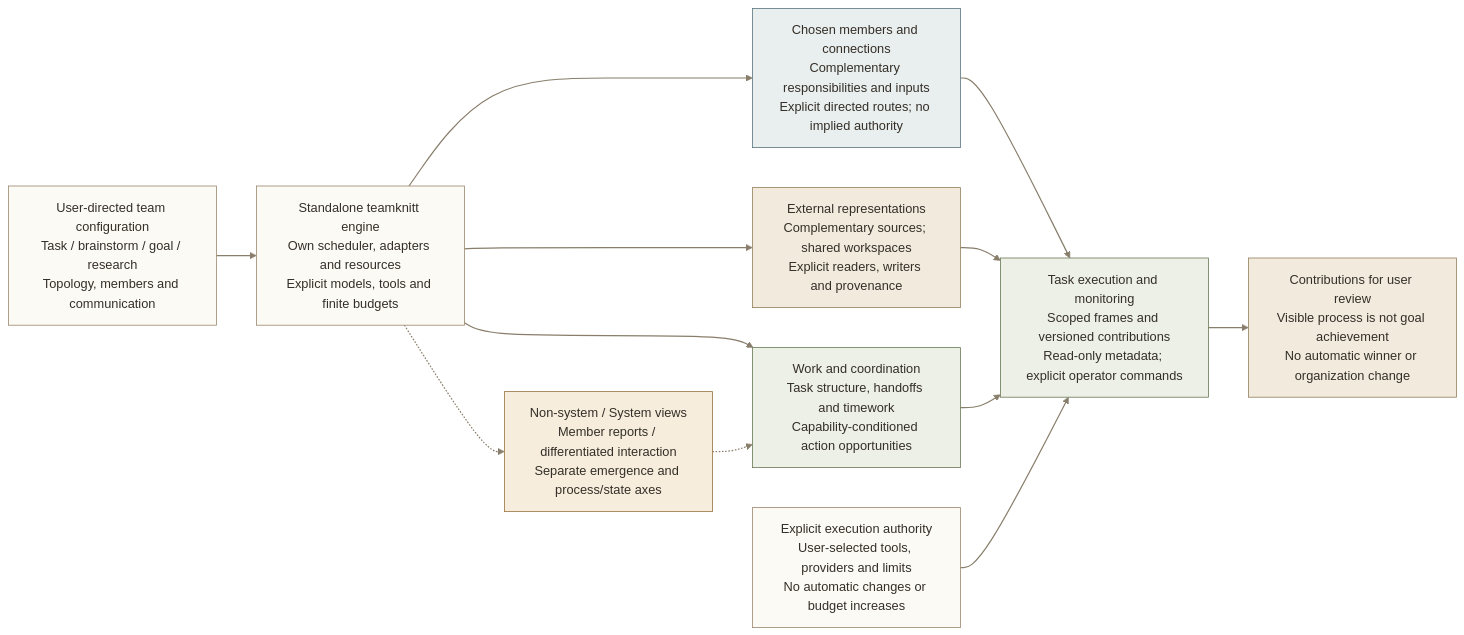
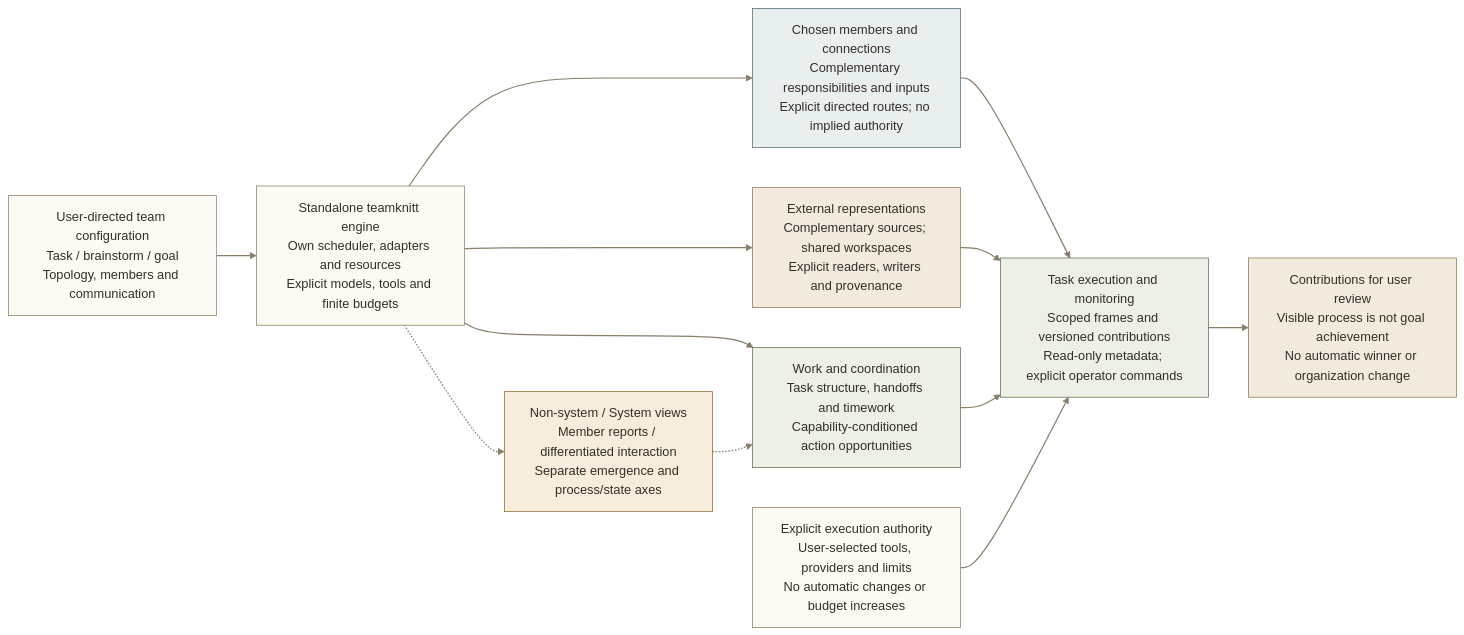
Before and after one commit to JeranRolevs/teamknitt: the diagram in diagrams/13-teamknitt-system.mmd, drawn with Mermaid. The commit also changed 32 other files, not shown here.

```diff
--- a/diagrams/13-teamknitt-system.mmd
+++ b/diagrams/13-teamknitt-system.mmd
@@ -1,34 +1,34 @@
 %% Generated from specs.py; 2026-11-09. Current runtime; gray nodes are planned.
 flowchart LR
-    baseline["User-directed team configuration<br/>Task / brainstorm / goal / research<br/>Topology, members and communication"]
+    baseline["User-directed team configuration<br/>Task / brainstorm / goal<br/>Topology, members and communication"]
     backbone["Standalone teamknitt engine<br/>Own scheduler, adapters and resources<br/>Explicit models, tools and finite budgets"]
     temporal["Non-system / System views<br/>Member reports / differentiated interaction<br/>Separate emergence and process/state axes"]
     roles["Chosen members and connections<br/>Complementary responsibilities and inputs<br/>Explicit directed routes; no implied authority"]
     reps["External representations<br/>Complementary sources; shared workspaces<br/>Explicit readers, writers and provenance"]
     work["Work and coordination<br/>Task structure, handoffs and timework<br/>Capability-conditioned action opportunities"]
     authority["Explicit execution authority<br/>User-selected tools, providers and limits<br/>No automatic changes or budget increases"]
     runtime["Task execution and monitoring<br/>Scoped frames and versioned contributions<br/>Read-only metadata; explicit operator commands"]
     record["Contributions for user review<br/>Visible process is not goal achievement<br/>No automatic winner or organization change"]
     baseline --> backbone
     backbone -.-> temporal
     backbone --> roles
     backbone --> reps
     backbone --> work
     temporal -.-> work
     roles --> runtime
     reps --> runtime
     work --> runtime
     authority --> runtime
     runtime --> record
     classDef artifact fill:#FCFAF4,stroke:#99876F,color:#342F28;
     class baseline,backbone,authority artifact;
     classDef llm fill:#E9EEEE,stroke:#5B7580,color:#342F28;
     class roles llm;
     classDef code fill:#EDF0E6,stroke:#697957,color:#342F28;
     class work,runtime code;
     classDef evidence fill:#F1EADD,stroke:#93805D,color:#342F28;
     class reps,record evidence;
     classDef optional fill:#F6EDDC,stroke:#9A7440,color:#342F28;
     class temporal optional;
     classDef future fill:#EEEDE8,stroke:#999389,color:#342F28;
     linkStyle default stroke:#887E6B,stroke-width:1.5px;
```
